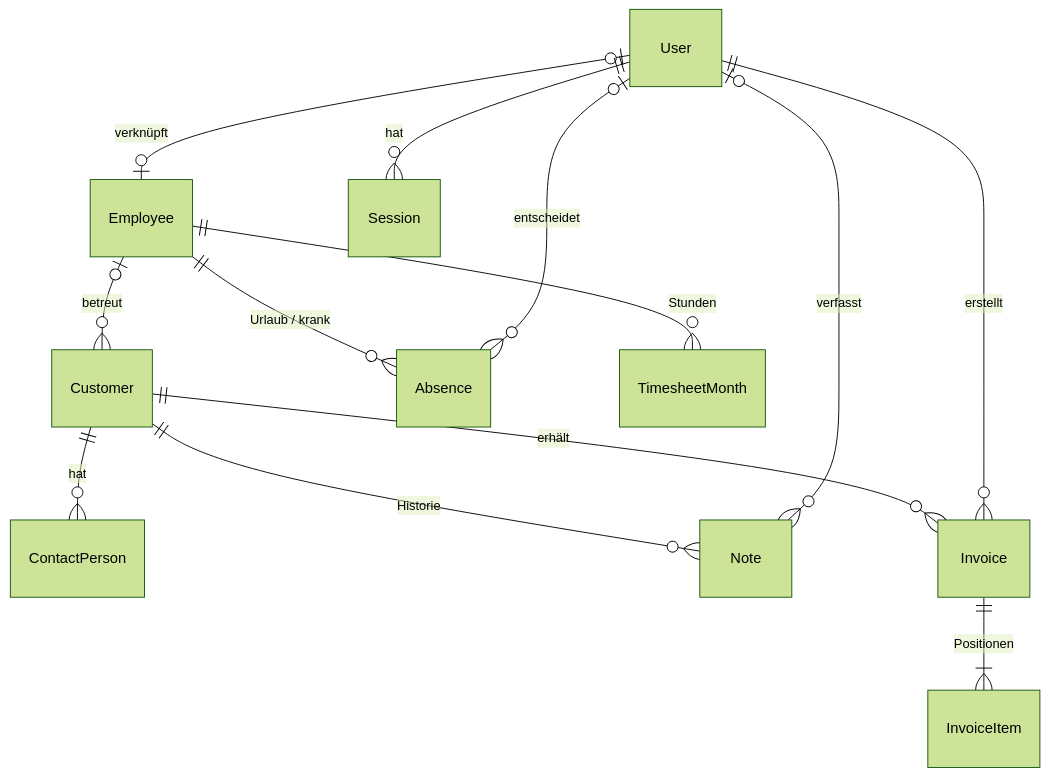
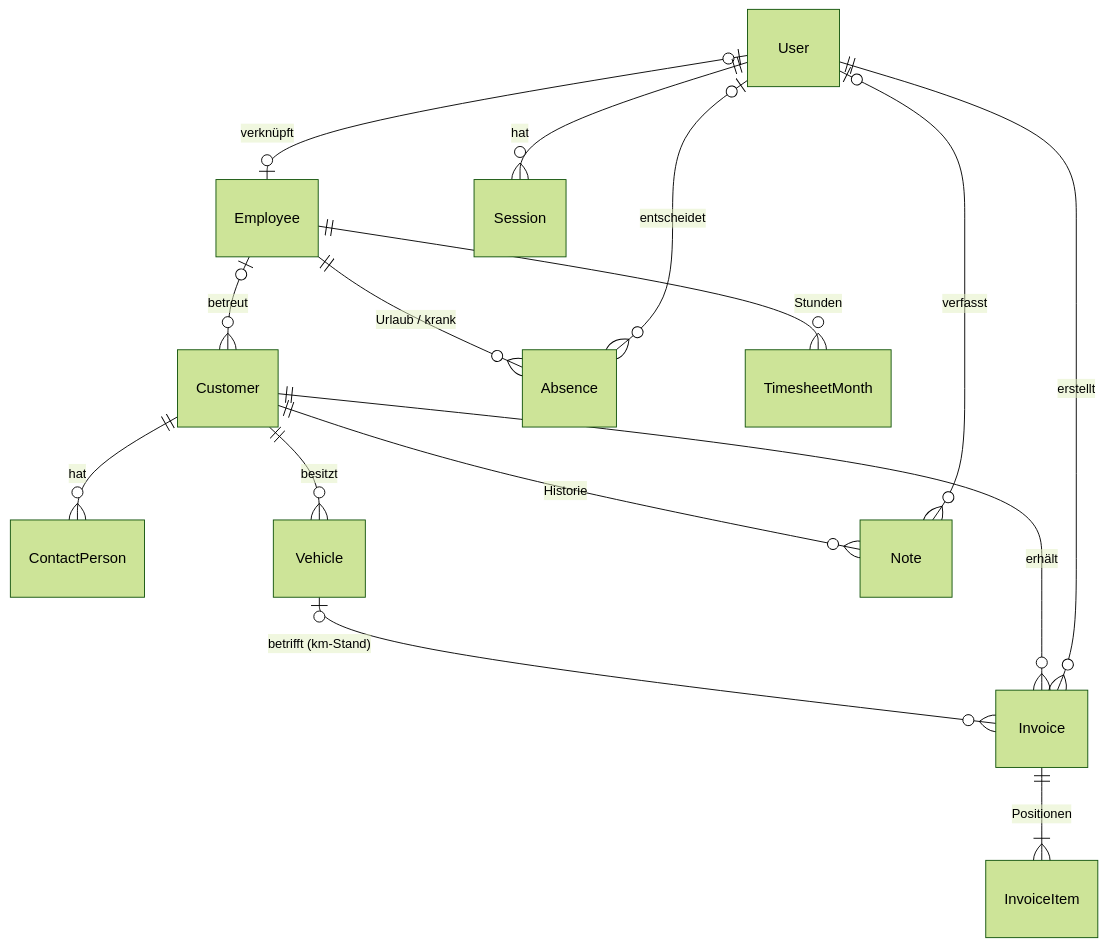
The third of 3 diagrams in CLAUDE.md (ZockerDream/pitstop), drawn with Mermaid (forest theme) before and after one commit. The commit also changed other lines of this file and 138 other files, not shown here.

````diff
--- a/CLAUDE.md
+++ b/CLAUDE.md
@@ -95,15 +97,17 @@
 ```mermaid
 erDiagram
   User |o--o| Employee : "verknüpft"
   User ||--o{ Session : "hat"
   Customer ||--o{ ContactPerson : "hat"
+  Customer ||--o{ Vehicle : "besitzt"
+  Vehicle |o--o{ Invoice : "betrifft (km-Stand)"
   Customer ||--o{ Note : "Historie"
   Customer ||--o{ Invoice : "erhält"
   Invoice ||--|{ InvoiceItem : "Positionen"
   User |o--o{ Note : "verfasst"
   User ||--o{ Invoice : "erstellt"
   Employee |o--o{ Customer : "betreut"
   Employee ||--o{ Absence : "Urlaub / krank"
   Employee ||--o{ TimesheetMonth : "Stunden"
   User |o--o{ Absence : "entscheidet"
 ```
````
